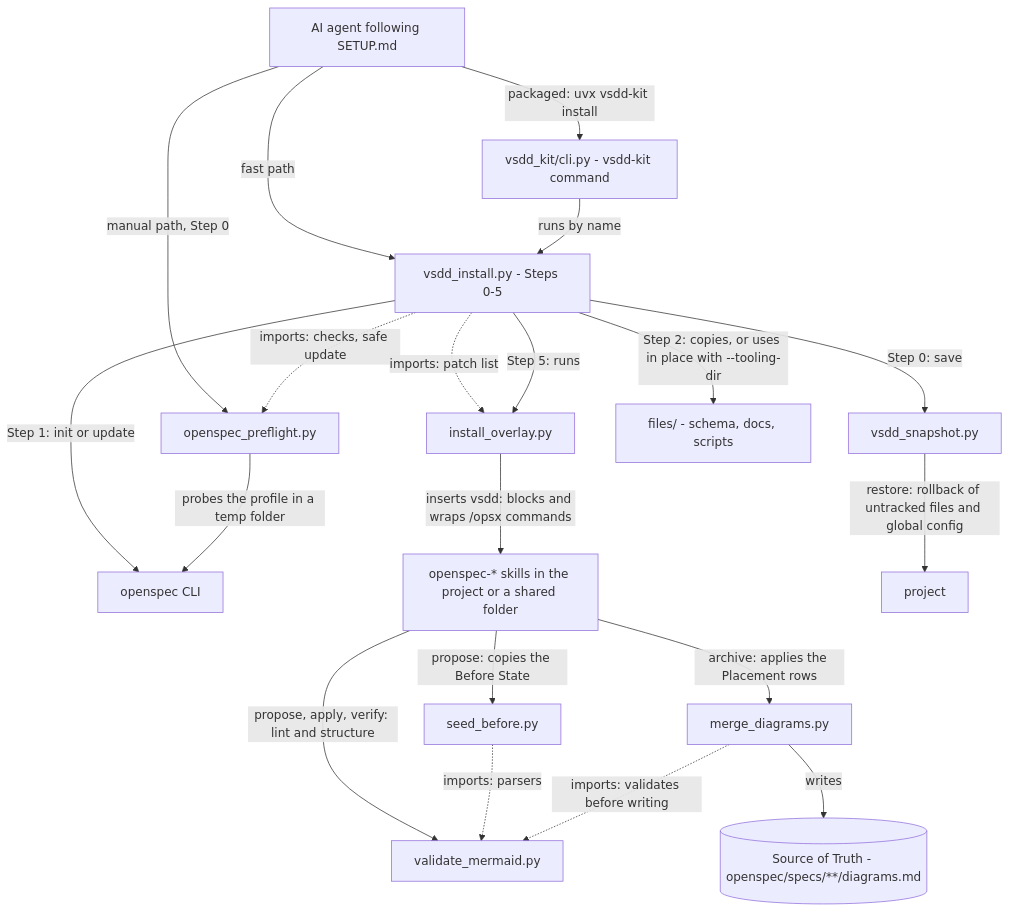
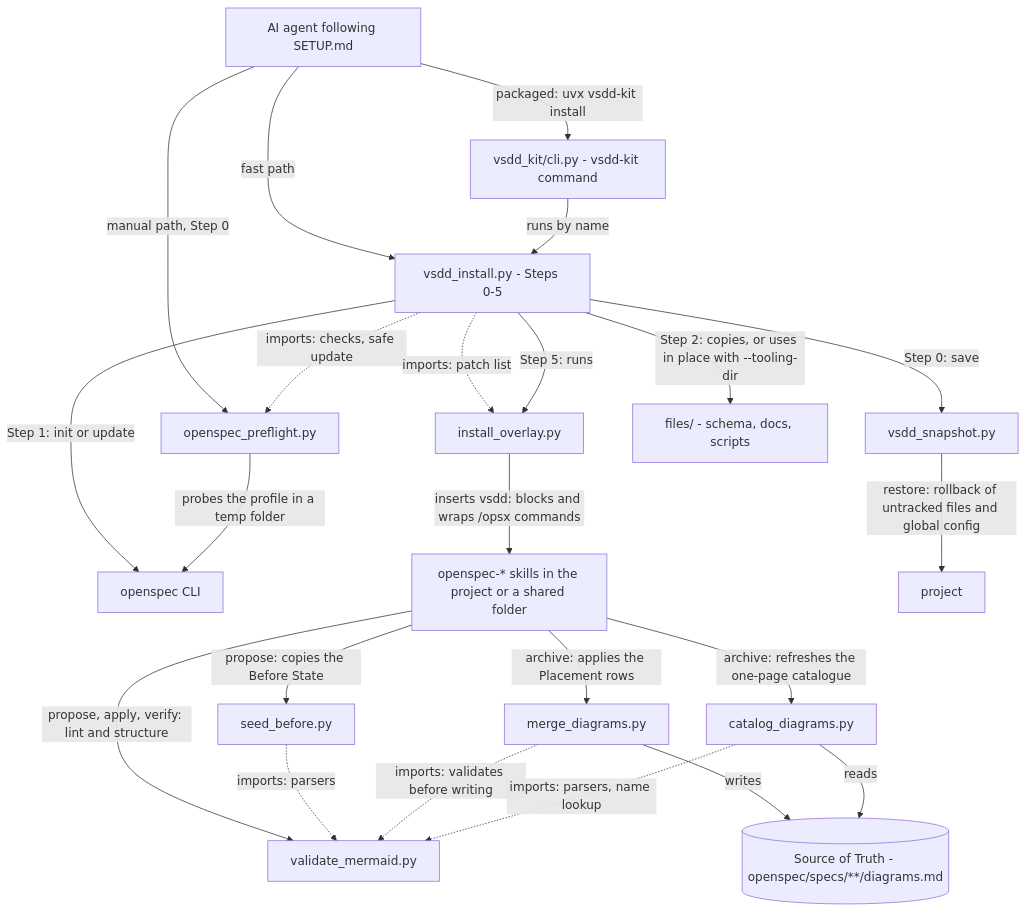
One commit to joecrowley/vsdd-kit changed the diagram in docs/ARCHITECTURE.md. Above: the diagram before and after it, drawn with Mermaid. The commit also changed other lines of this file and 12 other files, not shown here.

First line of the commit message:
feat: one-page diagram catalogue (docs/DIAGRAMS.md) (#34)

````diff
--- a/docs/ARCHITECTURE.md
+++ b/docs/ARCHITECTURE.md
@@ -13,22 +13,25 @@
 ```mermaid
 flowchart TD
     AGENT["AI agent following SETUP.md"] -->|"fast path"| INST["vsdd_install.py - Steps 0-5"]
     AGENT -->|"packaged: uvx vsdd-kit install"| PKG["vsdd_kit/cli.py - vsdd-kit command"]
     PKG -->|"runs by name"| INST
     AGENT -->|"manual path, Step 0"| PRE["openspec_preflight.py"]
     INST -.->|"imports: checks, safe update"| PRE
     INST -.->|"imports: patch list"| OVL["install_overlay.py"]
     INST -->|"Step 0: save"| SNAP["vsdd_snapshot.py"]
     INST -->|"Step 1: init or update"| CLI["openspec CLI"]
     PRE -->|"probes the profile in a temp folder"| CLI
     INST -->|"Step 2: copies, or uses in place with --tooling-dir"| KIT["files/ - schema, docs, scripts"]
     INST -->|"Step 5: runs"| OVL
     OVL -->|"inserts vsdd: blocks and wraps /opsx commands"| SKILLS["openspec-* skills in the project or a shared folder"]
     SKILLS -->|"propose, apply, verify: lint and structure"| VAL["validate_mermaid.py"]
     SKILLS -->|"propose: copies the Before State"| SEED["seed_before.py"]
     SEED -.->|"imports: parsers"| VAL
     SKILLS -->|"archive: applies the Placement rows"| MERGE["merge_diagrams.py"]
     MERGE -.->|"imports: validates before writing"| VAL
     MERGE -->|"writes"| SOT[("Source of Truth - openspec/specs/**/diagrams.md")]
+    SKILLS -->|"archive: refreshes the one-page catalogue"| CAT["catalog_diagrams.py"]
+    CAT -->|"reads"| SOT
+    CAT -.->|"imports: parsers, name lookup"| VAL
     SNAP -->|"restore: rollback of untracked files and global config"| PROJ["project"]
 ```
````
